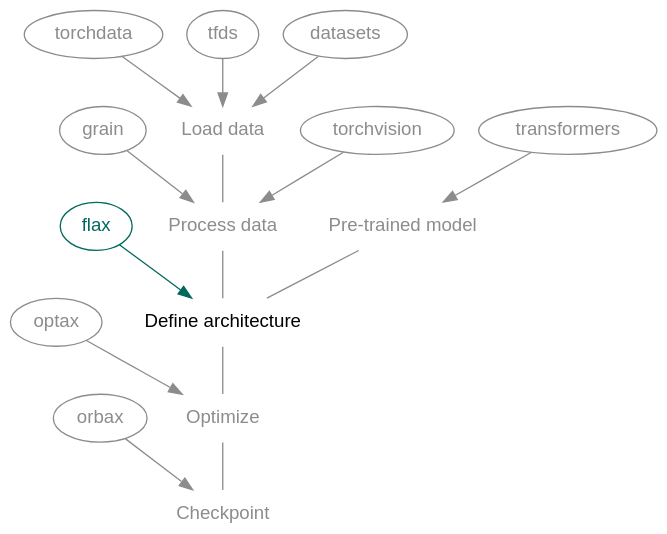
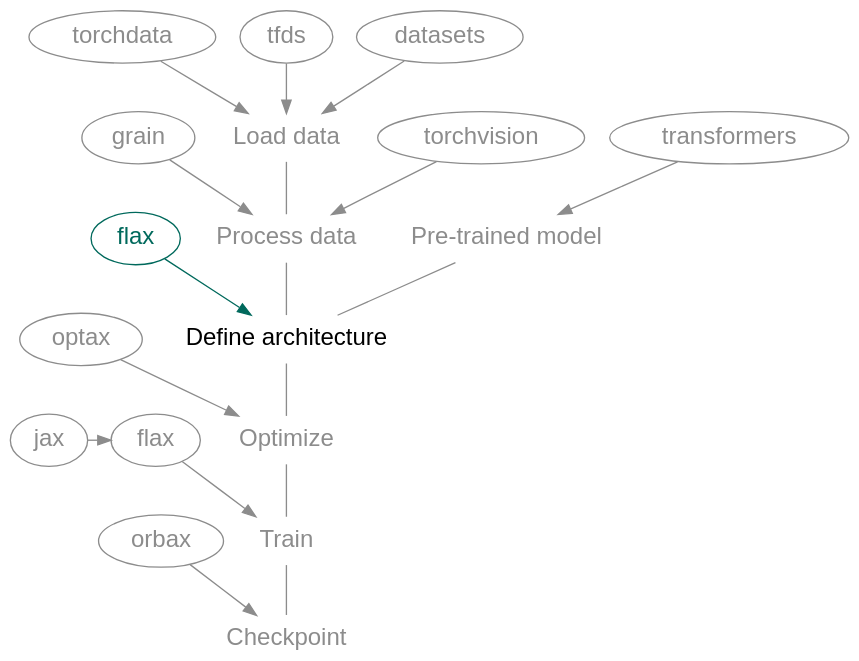
The diagram in ai/jxai/fl_nn.qmd (WestDRI/arc-training), drawn with Graphviz before and after one commit. The commit also changed other lines of this file and 2 other files, not shown here.

Commit message:
add training in the modular series of graph in the course

````diff
--- a/ai/jxai/fl_nn.qmd
+++ b/ai/jxai/fl_nn.qmd
@@ -17,50 +18,58 @@
 ```{dot}
 //| echo: false
 //| fig-width: 700px
 
 digraph {
 
 bgcolor="transparent"
-node [fontname="Inconsolata, sans-serif", color=gray55]
+node [fontname="Inconsolata, sans-serif", color=gray55, fontsize="18pt"]
 edge [color=gray55]
 
 load [label="Load data", shape=plaintext, group=g1, fontcolor=gray55]
 proc [label="Process data", shape=plaintext, group=g1, fontcolor=gray55]
 nn [label="Define architecture", shape=plaintext, group=g1]
 pretr [label="Pre-trained model", shape=plaintext, group=g1, fontcolor=gray55]
 opt [label="Optimize", shape=plaintext, group=g1, fontcolor=gray55]
+train [label="Train", shape=plaintext, group=g1, fontcolor=gray55]
 cp [label="Checkpoint", shape=plaintext, group=g1, fontcolor=gray55]
 
 pt [label=torchdata, fontcolor=gray55, color=gray55]
 tfds [label=tfds, group=g2, fontcolor=gray55, color=gray55]
 dt [label=datasets, fontcolor=gray55, color=gray55]
 
 gr [label=grain, fontcolor=gray55, color=gray55]
 tv [label=torchvision, fontcolor=gray55, color=gray55]
 
 tr [label=transformers, fontcolor=gray55, color=gray55]
 
-fl [label=flax, group=g2, fontcolor="#00695C", color="#00695C"]
+fl1 [label=flax, group=g2, fontcolor="#00695C", color="#00695C"]
+fl2 [label=flax, group=g2, fontcolor=gray55, color=gray55]
 
 oa [label=optax, group=g2, fontcolor=gray55, color=gray55]
 
+jx [label=jax, group=g2, fontcolor=gray55, color=gray55]
+
 ob [label=orbax, group=g2, fontcolor=gray55, color=gray55]
 
-{rank=same; gr load tv}
-gr -> load -> tv [style=invis]
+{rank=same; gr load tv tr}
+gr -> load -> tv -> tr [style=invis]
 
-{rank=same; fl proc pretr}
-fl -> proc -> pretr [style=invis]
+{rank=same; fl1 proc pretr}
+fl1 -> proc -> pretr [style=invis]
+
+{rank=same; jx fl2 opt}
+fl1 -> proc -> pretr [style=invis]
 
 {pt tfds dt} -> load [color=gray55]
 {gr tv} -> proc [color=gray55]
-fl -> nn [color="#00695C"]
+fl1 -> nn [color="#00695C"]
 pretr -> nn [dir=none]
 tr -> pretr [color=gray55]
 oa -> opt [color=gray55]
+jx -> fl2 -> train [color=gray55]
 ob -> cp [color=gray55]
 
-load -> proc -> nn -> opt -> cp [dir=none]
+load -> proc -> nn -> opt -> train -> cp [dir=none]
 
 }
 ```
````
